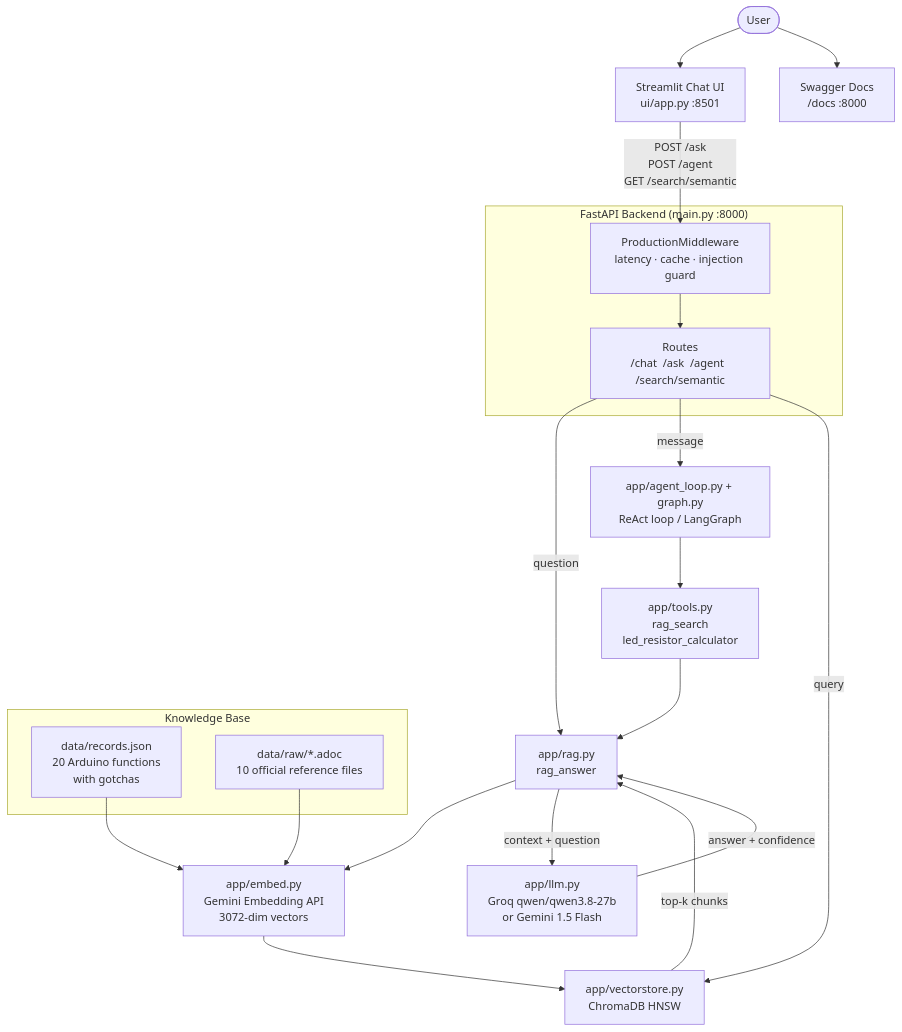
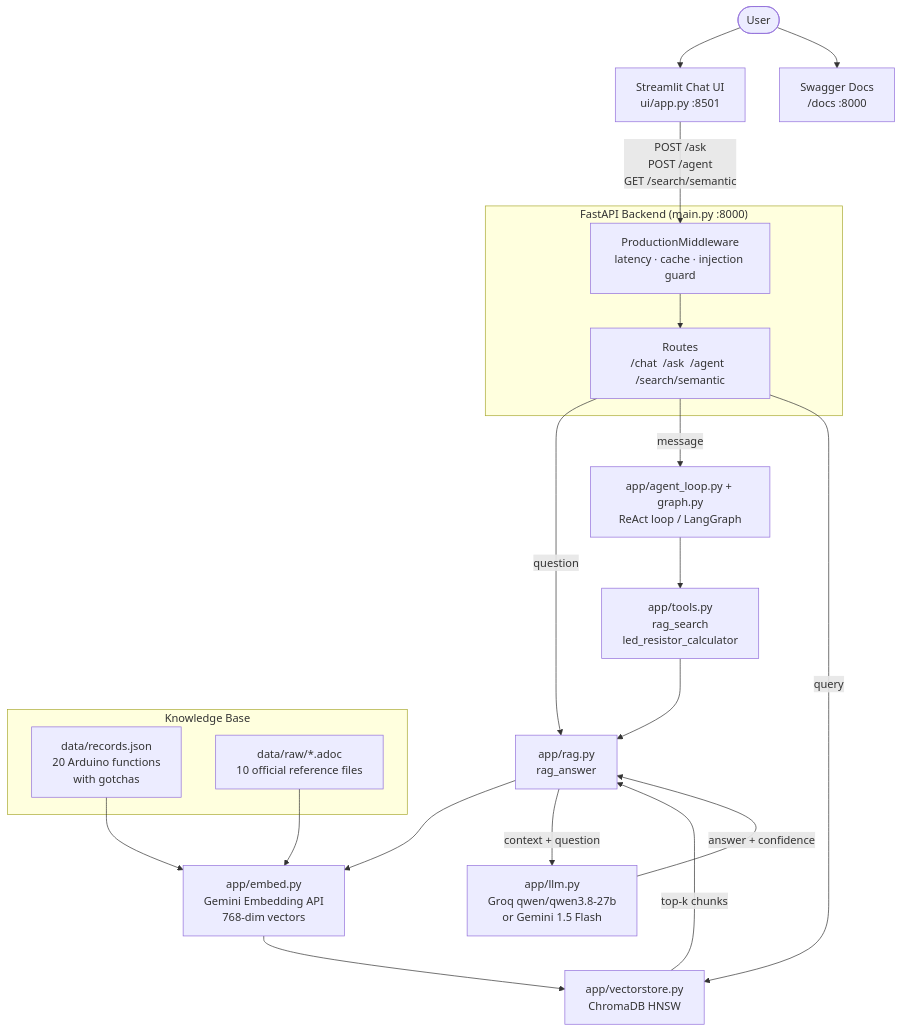
The diagram in README.md (parthkatore/GENAI), drawn with Mermaid before and after one commit. The commit also changed other lines of this file and 3 other files, not shown here.

````diff
--- a/README.md
+++ b/README.md
@@ -22,33 +22,33 @@
 ```mermaid
 flowchart TD
     U([User]) --> UI[Streamlit Chat UI\nui/app.py :8501]
     U --> SW[Swagger Docs\n/docs :8000]
 
     UI -->|POST /ask\nPOST /agent\nGET /search/semantic| MW
 
     subgraph API ["FastAPI Backend  (main.py :8000)"]
         MW[ProductionMiddleware\nlatency · cache · injection guard]
         MW --> R[Routes\n/chat  /ask  /agent  /search/semantic]
     end
 
     R -->|question| RAG[app/rag.py\nrag_answer]
     R -->|message| AGT[app/agent_loop.py + graph.py\nReAct loop / LangGraph]
     R -->|query| VS[app/vectorstore.py\nChromaDB HNSW]
 
-    RAG --> EMB[app/embed.py\nGemini Embedding API\n3072-dim vectors]
+    RAG --> EMB[app/embed.py\nGemini Embedding API\n768-dim vectors]
     AGT --> TOOLS[app/tools.py\nrag_search\nled_resistor_calculator]
     TOOLS --> RAG
 
     EMB --> VS
     VS -->|top-k chunks| RAG
     RAG -->|context + question| LLM[app/llm.py\nGroq  qwen/qwen3.8-27b\nor Gemini 1.5 Flash]
     LLM -->|answer + confidence| RAG
 
     subgraph Data ["Knowledge Base"]
         RJ[data/records.json\n20 Arduino functions\nwith gotchas]
         AD[data/raw/*.adoc\n10 official reference files]
     end
 
     RJ --> EMB
     AD --> EMB
 ```
````
